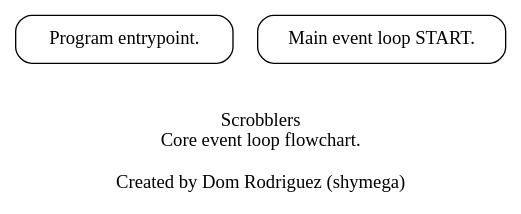
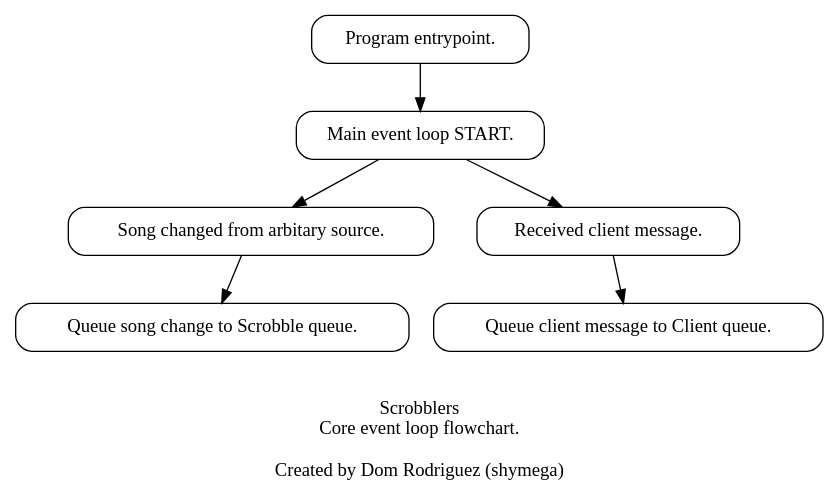
One commit to shymega/scrob changed the diagram in docs/diagrams/main_event_loop/main_event_loop.dot. Above: the diagram before and after it, drawn with Graphviz. The commit also changed 2 other files, not shown here.

Commit message:
Flesh out event loop diagram

```diff
--- a/docs/diagrams/main_event_loop/main_event_loop.dot
+++ b/docs/diagrams/main_event_loop/main_event_loop.dot
@@ -1,15 +1,26 @@
 digraph scrobblers {
     label = "\n\nScrobblers\nCore event loop flowchart.\n\nCreated by Dom Rodriguez (shymega)\n";
 
     rankdir = T;
     ranksep = 0.50;
     splines = true;
 
     node [
         shape = box
         style = rounded
     ];
 
     app_start [label = "Program entrypoint."];
     evt0_loop_start [label = "Main event loop START."];
+    
+    song_changed [label="Song changed from arbitary source."];
+
+    queue_to_scrobbleq [label="Queue song change to Scrobble queue."];
+    receive_client_message [label="Received client message."];
+    queue_to_clientq [label="Queue client message to Client queue."];
+
+    app_start -> evt0_loop_start;
+
+    evt0_loop_start -> song_changed -> queue_to_scrobbleq;
+    evt0_loop_start -> receive_client_message -> queue_to_clientq;
 }
```
